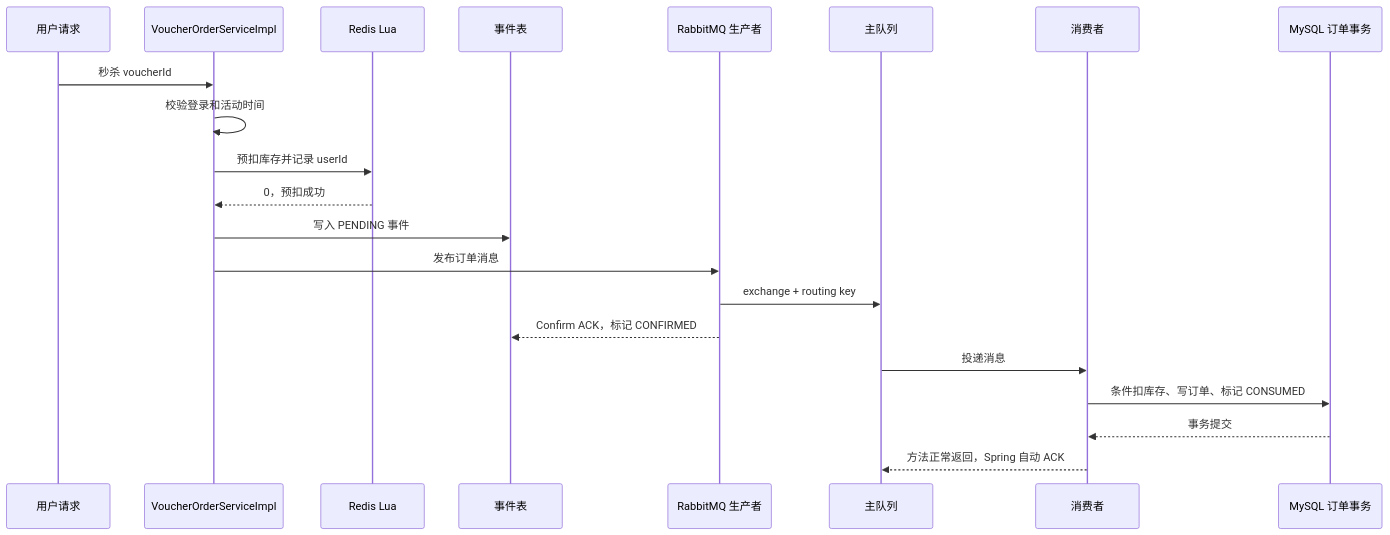
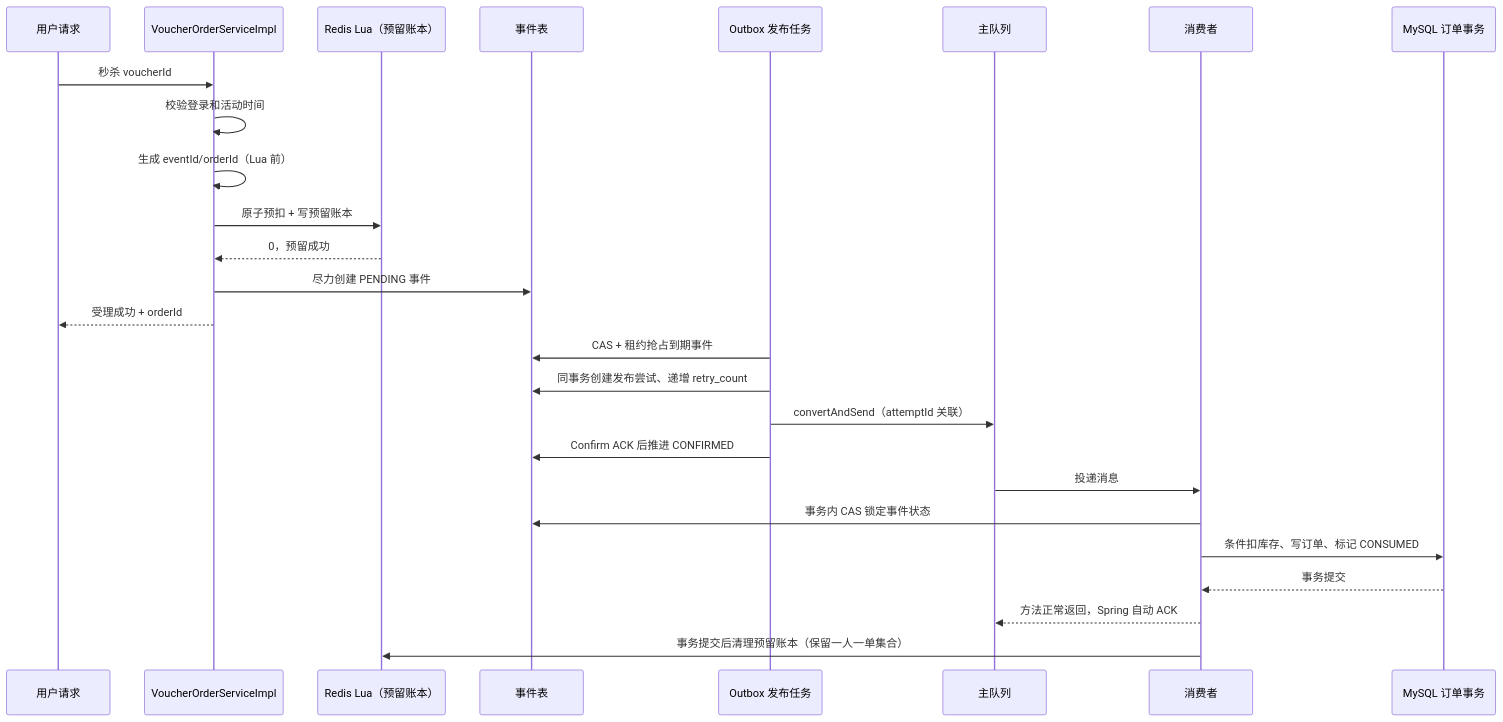
The diagram in docs/learning/09-rabbitmq-seckill-flow.md (BreadLover-ZS/DianPing), drawn with Mermaid before and after one commit. The commit also changed other lines of this file and 77 other files, not shown here.

````diff
--- a/docs/learning/09-rabbitmq-seckill-flow.md
+++ b/docs/learning/09-rabbitmq-seckill-flow.md
@@ -29,24 +38,29 @@
 ```mermaid
 sequenceDiagram
     participant U as 用户请求
     participant S as VoucherOrderServiceImpl
-    participant R as Redis Lua
+    participant R as Redis Lua（预留账本）
     participant E as 事件表
-    participant P as RabbitMQ 生产者
+    participant O as Outbox 发布任务
     participant Q as 主队列
     participant C as 消费者
     participant D as MySQL 订单事务
 
     U->>S: 秒杀 voucherId
     S->>S: 校验登录和活动时间
-    S->>R: 预扣库存并记录 userId
-    R-->>S: 0，预扣成功
-    S->>E: 写入 PENDING 事件
-    S->>P: 发布订单消息
-    P->>Q: exchange + routing key
-    P-->>E: Confirm ACK，标记 CONFIRMED
+    S->>S: 生成 eventId/orderId（Lua 前）
+    S->>R: 原子预扣 + 写预留账本
+    R-->>S: 0，预留成功
+    S->>E: 尽力创建 PENDING 事件
+    S-->>U: 受理成功 + orderId
+    O->>E: CAS + 租约抢占到期事件
+    O->>E: 同事务创建发布尝试、递增 retry_count
+    O->>Q: convertAndSend（attemptId 关联）
+    O->>E: Confirm ACK 后推进 CONFIRMED
     Q->>C: 投递消息
+    C->>E: 事务内 CAS 锁定事件状态
     C->>D: 条件扣库存、写订单、标记 CONSUMED
     D-->>C: 事务提交
     C-->>Q: 方法正常返回，Spring 自动 ACK
+    C->>R: 事务提交后清理预留账本（保留一人一单集合）
 ```
````
